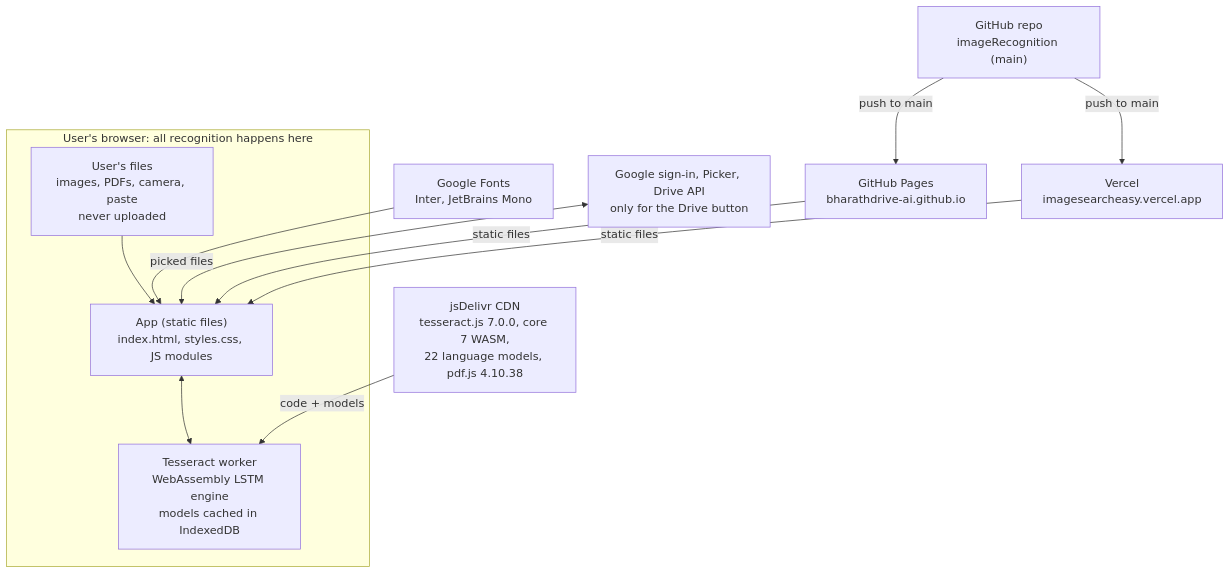
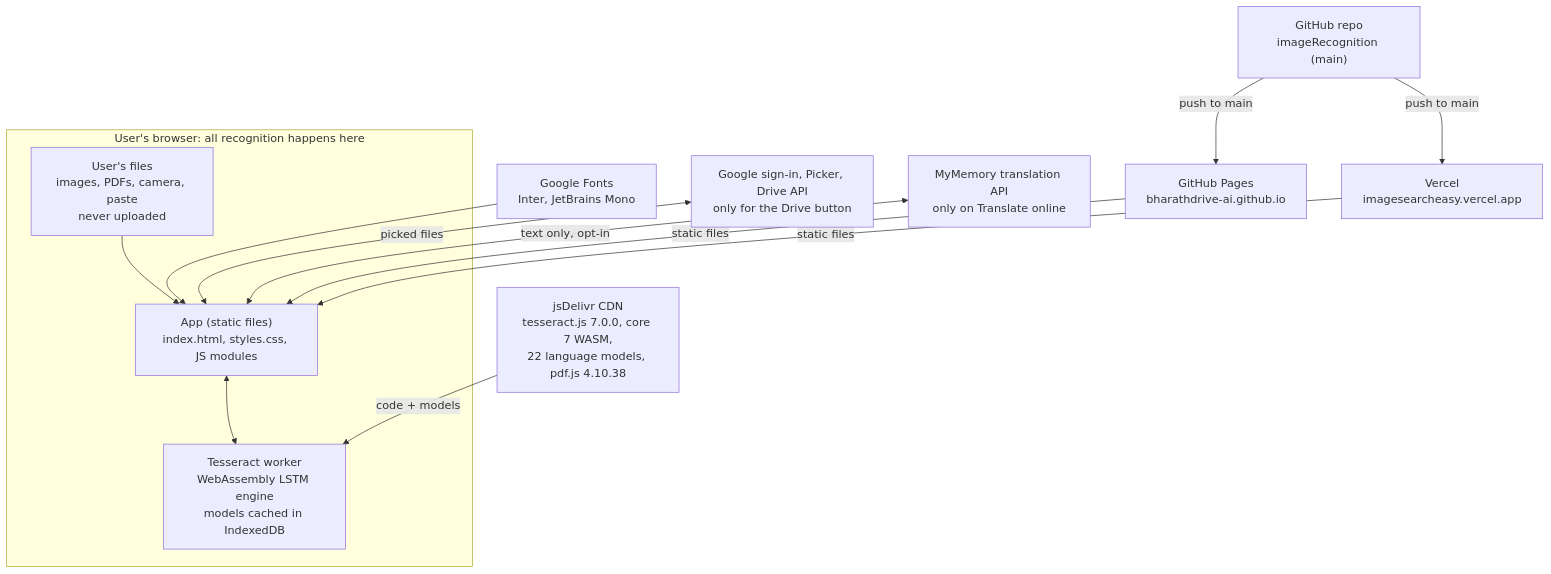
Before and after one commit to bharathdrive-ai/imageRecognition: the first of 3 diagrams in ARCHITECTURE.md, drawn with Mermaid. The commit also changed other lines of this file and 8 other files, not shown here.

````diff
--- a/ARCHITECTURE.md
+++ b/ARCHITECTURE.md
@@ -15,22 +15,23 @@
 ```mermaid
 flowchart TB
     repo["GitHub repo<br/>imageRecognition (main)"]
     pages["GitHub Pages<br/>bharathdrive-ai.github.io"]
     vercel["Vercel<br/>imagesearcheasy.vercel.app"]
     repo -- "push to main" --> pages
     repo -- "push to main" --> vercel
 
     subgraph browser["User's browser: all recognition happens here"]
         files["User's files<br/>images, PDFs, camera, paste<br/>never uploaded"]
         app["App (static files)<br/>index.html, styles.css, JS modules"]
         worker["Tesseract worker<br/>WebAssembly LSTM engine<br/>models cached in IndexedDB"]
         files --> app
         app <--> worker
     end
 
     pages -- "static files" --> app
     vercel -- "static files" --> app
     cdn["jsDelivr CDN<br/>tesseract.js 7.0.0, core 7 WASM,<br/>22 language models, pdf.js 4.10.38"] -- "code + models" --> worker
     fonts["Google Fonts<br/>Inter, JetBrains Mono"] --> app
     google["Google sign-in, Picker, Drive API<br/>only for the Drive button"] <-- "picked files" --> app
+    mymemory["MyMemory translation API<br/>only on Translate online"] <-- "text only, opt-in" --> app
 ```
````
